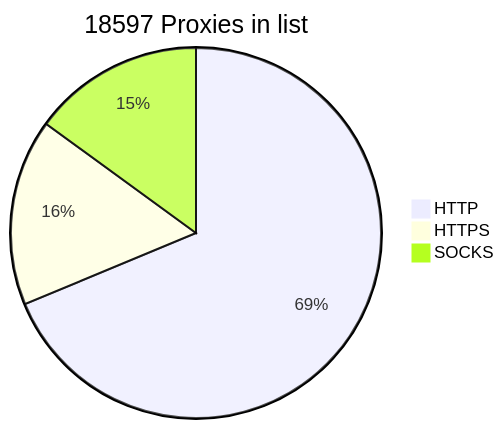
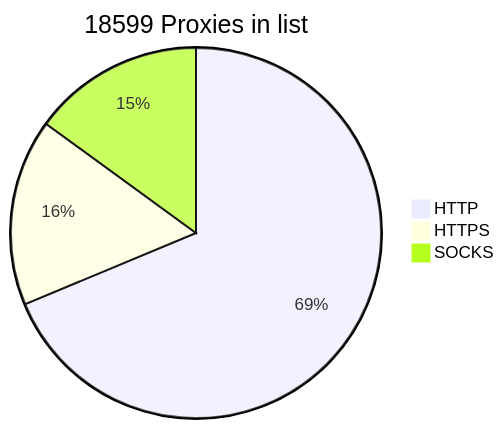
The diagram in README.md (BlackSnowDot/proxylist-update-every-minute), drawn with Mermaid before and after one commit.

````diff
--- a/README.md
+++ b/README.md
@@ -2,6 +2,6 @@
 ```mermaid
-pie title 18597 Proxies in list
-    "HTTP" : 13895
-    "HTTPS": 3293
+pie title 18599 Proxies in list
+    "HTTP" : 13893
+    "HTTPS": 3296
     "SOCKS" : 3029
 ```
````
